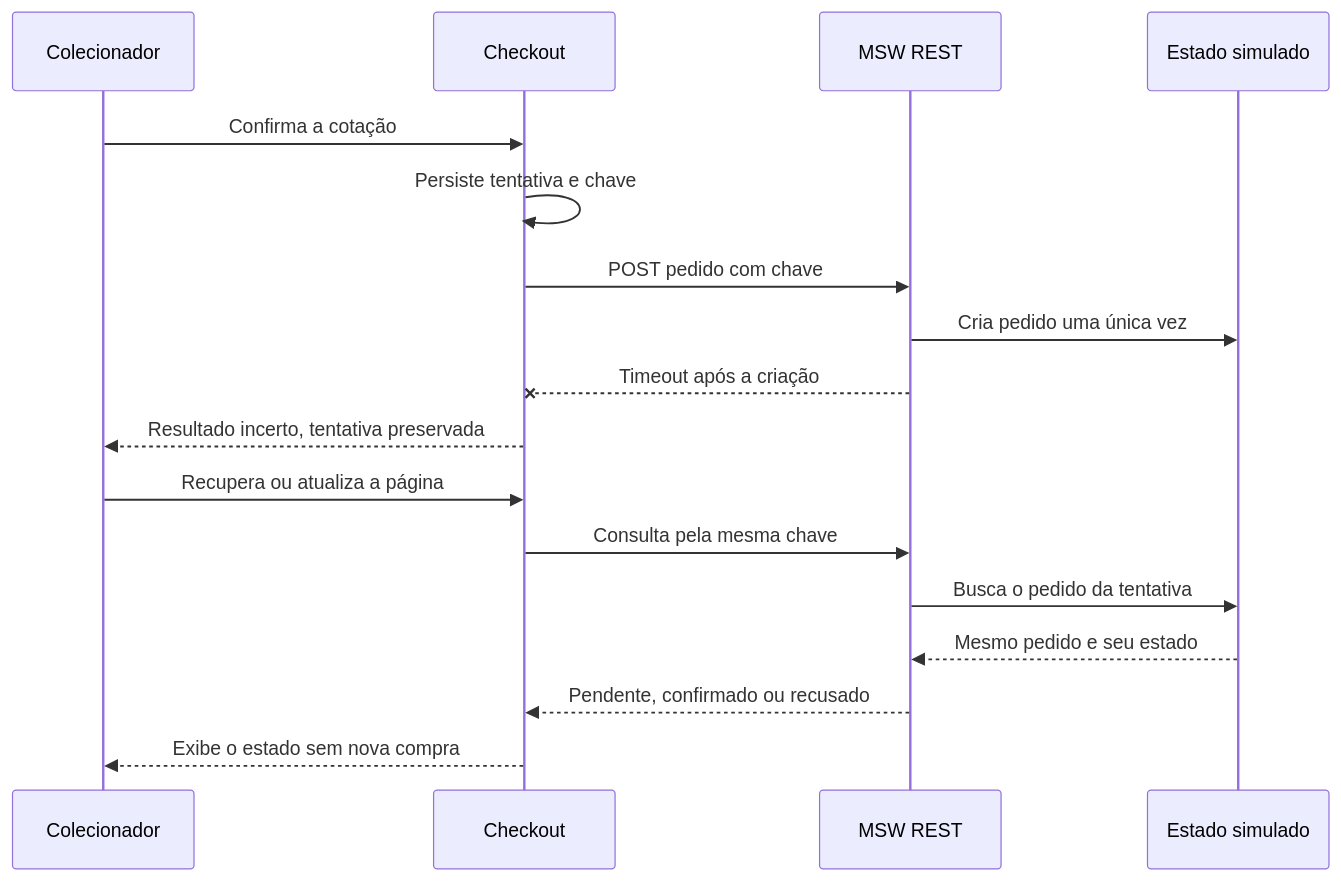
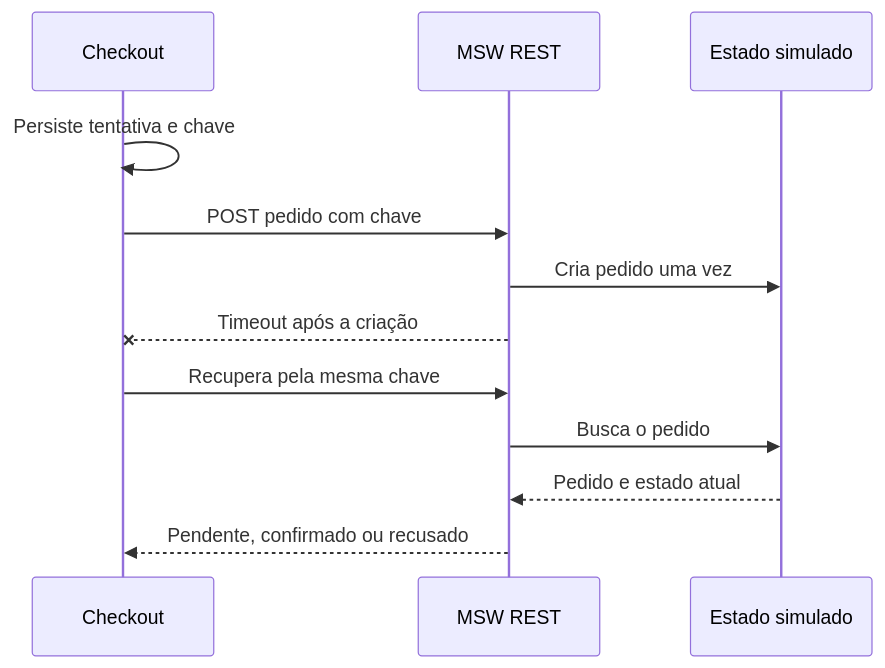
One commit to felipemlanna1/jungle-nft-marketplace changed the second of 2 diagrams in ARCHITECTURE.md. Above: the diagram before and after it, drawn with Mermaid. The commit also changed other lines of this file and 10 other files, not shown here.

````diff
--- a/ARCHITECTURE.md
+++ b/ARCHITECTURE.md
@@ -98,19 +82,14 @@
 ```mermaid
 sequenceDiagram
-  participant U as Colecionador
   participant UI as Checkout
   participant API as MSW REST
   participant DB as Estado simulado
-  U->>UI: Confirma a cotação
   UI->>UI: Persiste tentativa e chave
   UI->>API: POST pedido com chave
-  API->>DB: Cria pedido uma única vez
+  API->>DB: Cria pedido uma vez
   API--xUI: Timeout após a criação
-  UI-->>U: Resultado incerto, tentativa preservada
-  U->>UI: Recupera ou atualiza a página
-  UI->>API: Consulta pela mesma chave
-  API->>DB: Busca o pedido da tentativa
-  DB-->>API: Mesmo pedido e seu estado
+  UI->>API: Recupera pela mesma chave
+  API->>DB: Busca o pedido
+  DB-->>API: Pedido e estado atual
   API-->>UI: Pendente, confirmado ou recusado
-  UI-->>U: Exibe o estado sem nova compra
 ```
````
